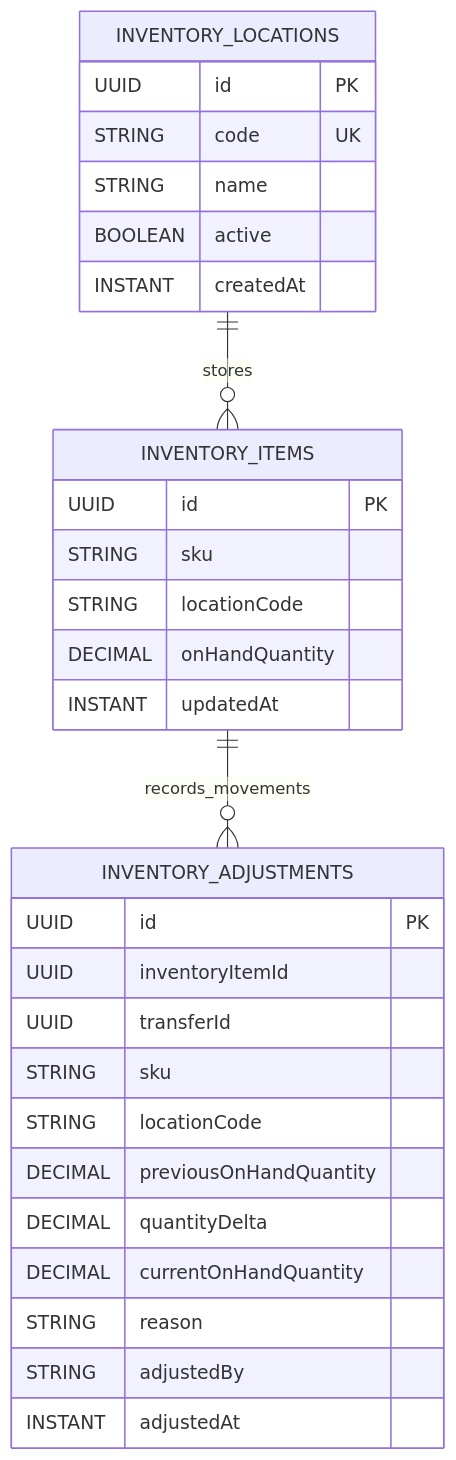
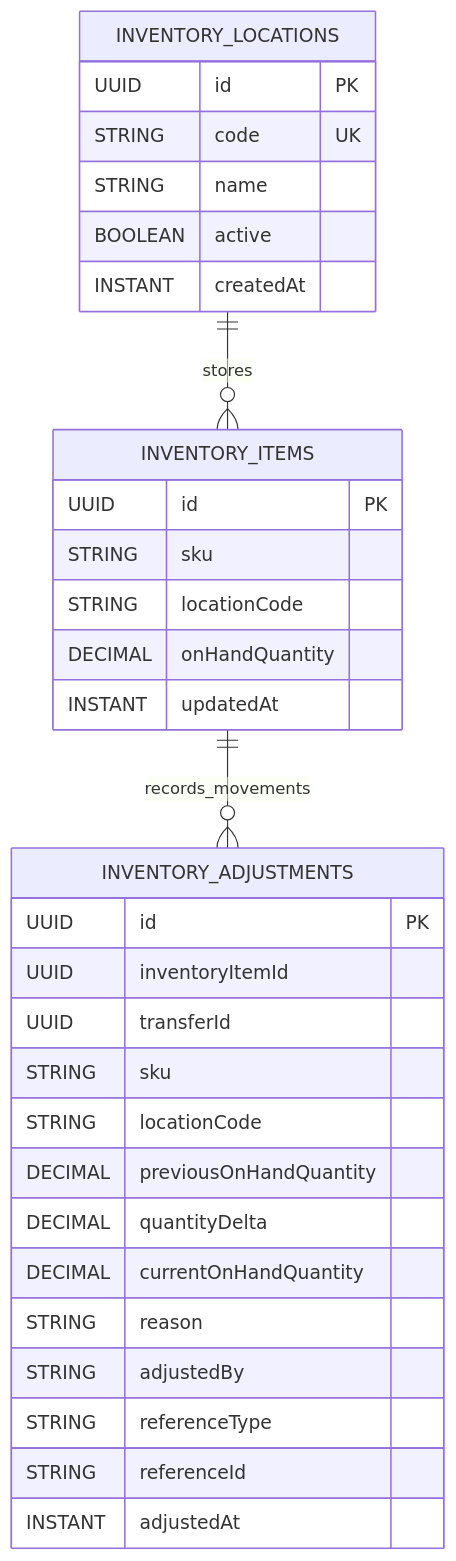
One commit to ArcanaERP/platform changed the diagram in docs/inventory-data-model.md. Above: the diagram before and after it, drawn with Mermaid. The commit also changed other lines of this file and 14 other files, not shown here.

````diff
--- a/docs/inventory-data-model.md
+++ b/docs/inventory-data-model.md
@@ -7,35 +7,37 @@
 ```mermaid
 erDiagram
     INVENTORY_LOCATIONS ||--o{ INVENTORY_ITEMS : stores
     INVENTORY_ITEMS ||--o{ INVENTORY_ADJUSTMENTS : records_movements
 
     INVENTORY_LOCATIONS {
       UUID id PK
       STRING code UK
       STRING name
       BOOLEAN active
       INSTANT createdAt
     }
 
     INVENTORY_ITEMS {
       UUID id PK
       STRING sku
       STRING locationCode
       DECIMAL onHandQuantity
       INSTANT updatedAt
     }
 
     INVENTORY_ADJUSTMENTS {
       UUID id PK
       UUID inventoryItemId
       UUID transferId
       STRING sku
       STRING locationCode
       DECIMAL previousOnHandQuantity
       DECIMAL quantityDelta
       DECIMAL currentOnHandQuantity
       STRING reason
       STRING adjustedBy
+      STRING referenceType
+      STRING referenceId
       INSTANT adjustedAt
     }
 ```
````
